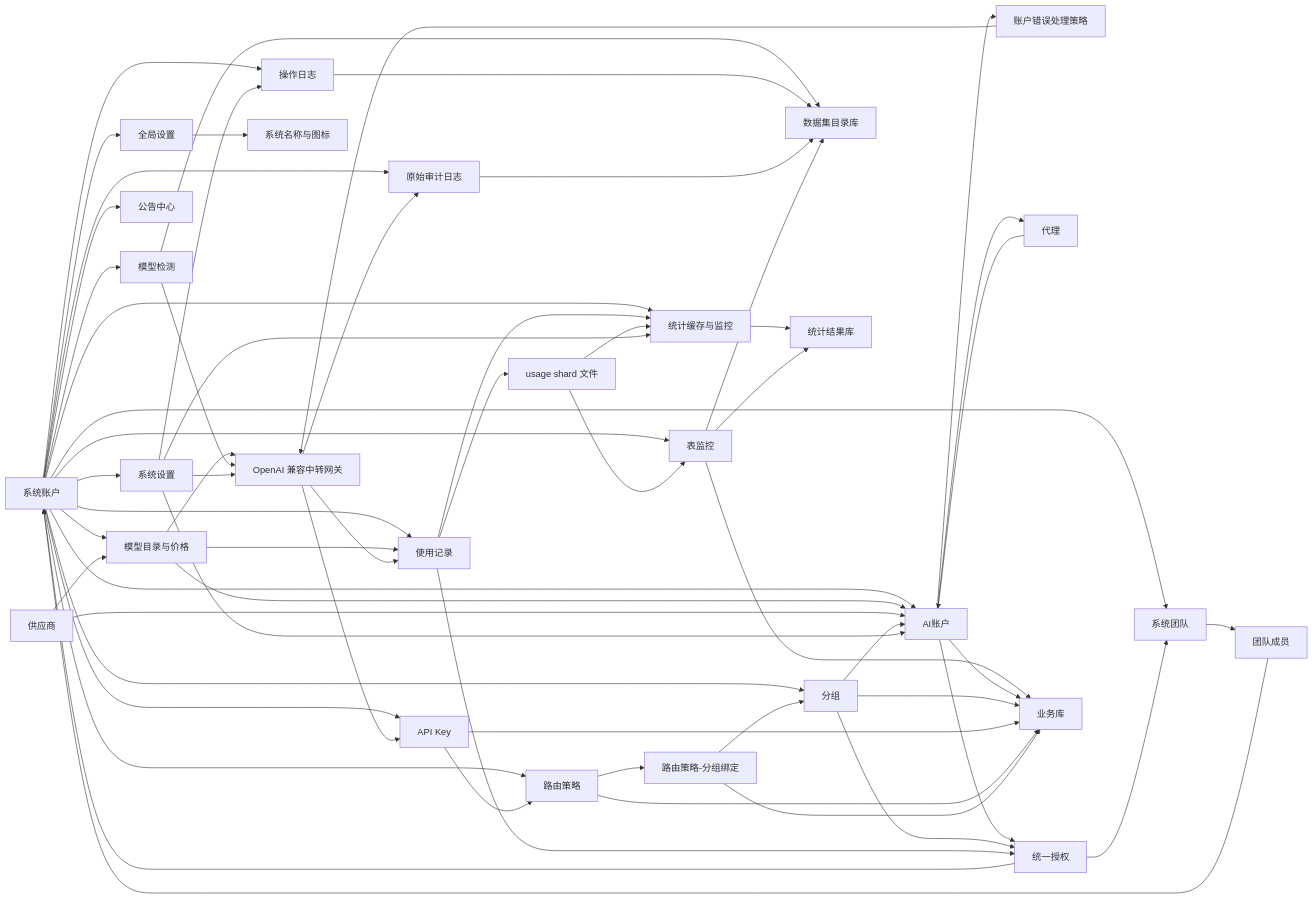
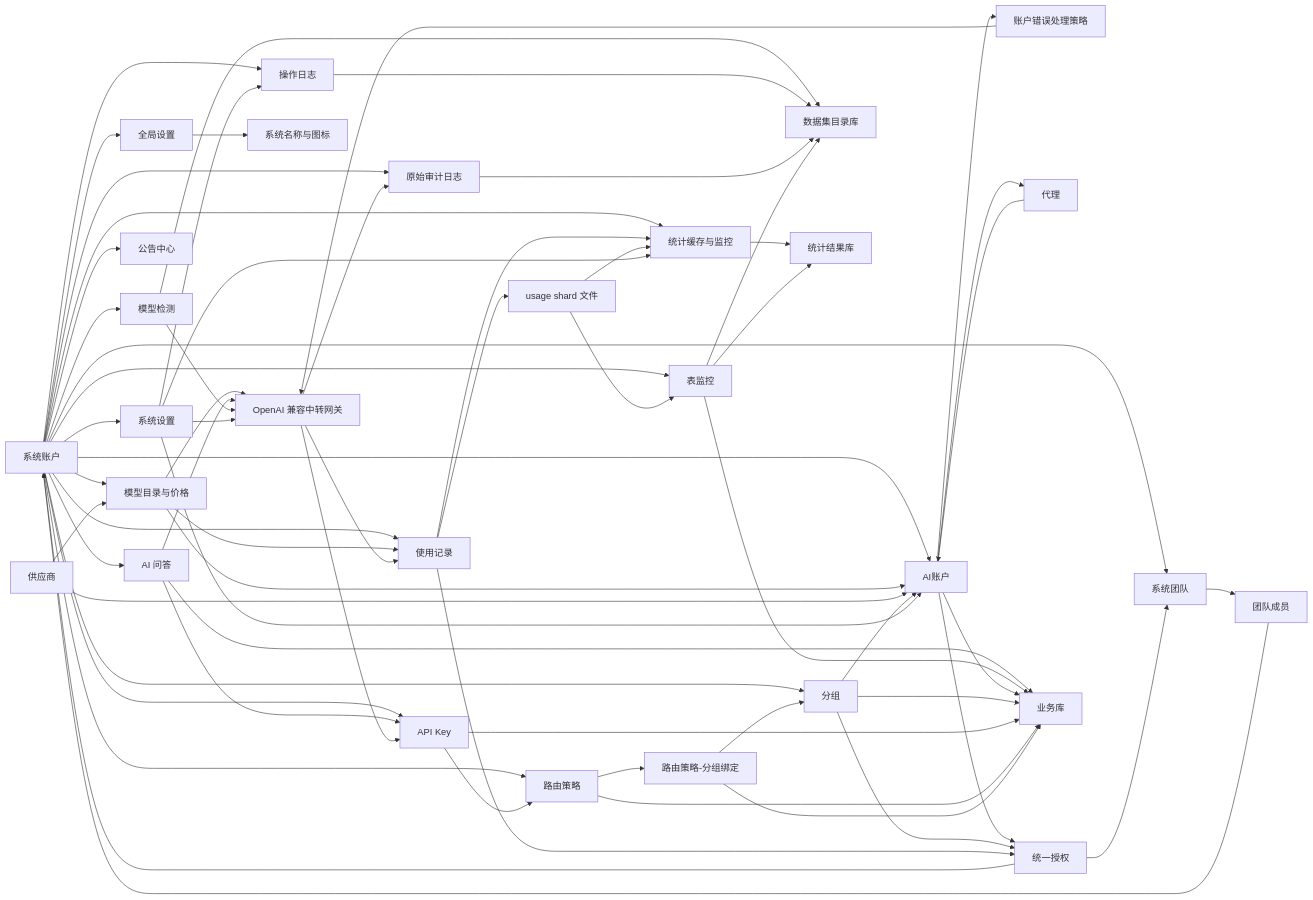
The diagram in docs/architecture/架构总览.md (huanmin123/juhe-ai), drawn with Mermaid before and after one commit. The commit also changed other lines of this file and 7 other files, not shown here.

````diff
--- a/docs/architecture/架构总览.md
+++ b/docs/architecture/架构总览.md
@@ -111,64 +111,68 @@
 ```mermaid
 flowchart LR
   SystemAccount["系统账户"] --> GlobalSettings["全局设置"]
   SystemAccount --> SystemSettings["系统设置"]
   SystemAccount --> SystemTeam["系统团队"]
   SystemTeam --> TeamMember["团队成员"]
   TeamMember --> SystemAccount
   SystemAccount --> AIAccount["AI账户"]
   SystemAccount --> Group["分组"]
   SystemAccount --> APIKey["API Key"]
+  SystemAccount --> AIChat["AI 问答"]
   SystemAccount --> RouteStrategy["路由策略"]
   SystemAccount --> ModelCheck["模型检测"]
   SystemAccount --> Usage["使用记录"]
   SystemAccount --> OperationLog["操作日志"]
   SystemAccount --> AuditLog["原始审计日志"]
   SystemAccount --> Stats["统计缓存与监控"]
   SystemAccount --> TableMonitor["表监控"]
   SystemAccount --> Announcement["公告中心"]
   SystemAccount --> ModelCatalog["模型目录与价格"]
   AIAccount --> AccountErrorPolicy["账户错误处理策略"]
   AccountErrorPolicy --> Gateway
   GlobalSettings --> AppBrand["系统名称与图标"]
   Provider["供应商"] --> ModelCatalog
   ModelCatalog --> AIAccount
   ModelCatalog --> Gateway
   ModelCatalog --> Usage
   Provider["供应商"] --> AIAccount
   Proxy["代理"] --> AIAccount
   AIAccount --> Proxy
   AIAccount --> ResourceAuthorization["统一授权"]
   Group --> ResourceAuthorization
   ResourceAuthorization --> SystemAccount
   ResourceAuthorization --> SystemTeam
   Group --> AIAccount
   APIKey --> RouteStrategy
+  AIChat --> APIKey
+  AIChat --> Gateway
+  AIChat --> BusinessStore
   RouteStrategy --> RouteStrategyGroupBinding["路由策略-分组绑定"]
   RouteStrategyGroupBinding --> Group
   ModelCheck --> Gateway
   ModelCheck --> DatasetStore
   Gateway["OpenAI 兼容中转网关"] --> APIKey
   Gateway --> Usage["使用记录"]
   Gateway --> AuditLog
   Usage --> ResourceAuthorization
   Usage --> Stats["统计缓存与监控"]
   Usage --> UsageShard["usage shard 文件"]
   UsageShard --> Stats
   UsageShard --> TableMonitor
   DatasetStore["数据集目录库"]
   OperationLog --> DatasetStore
   AuditLog --> DatasetStore
   Stats --> StatsStore["统计结果库"]
   TableMonitor --> StatsStore
   TableMonitor --> BusinessStore
   TableMonitor --> DatasetStore
   AIAccount --> BusinessStore["业务库"]
   Group --> BusinessStore
   APIKey --> BusinessStore
   RouteStrategy --> BusinessStore
   RouteStrategyGroupBinding --> BusinessStore
   SystemSettings --> Gateway
   SystemSettings --> OperationLog
   SystemSettings --> AIAccount
   SystemSettings --> Stats
 ```
````
